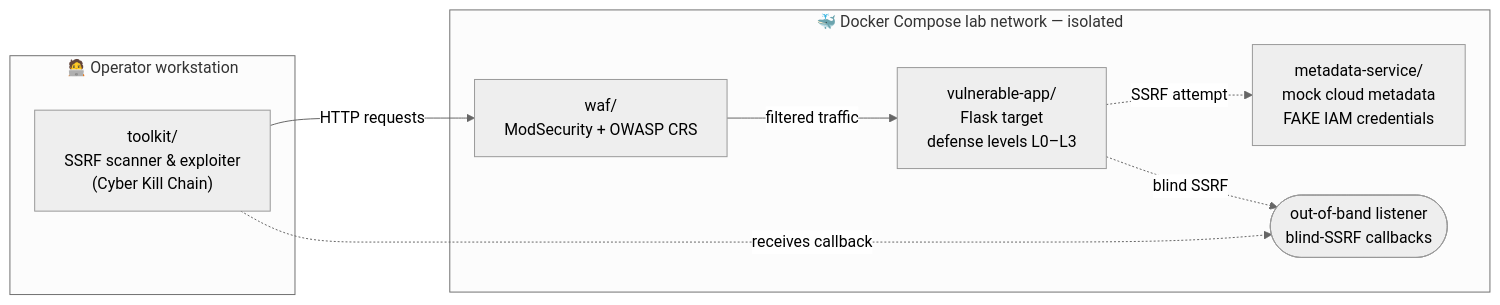
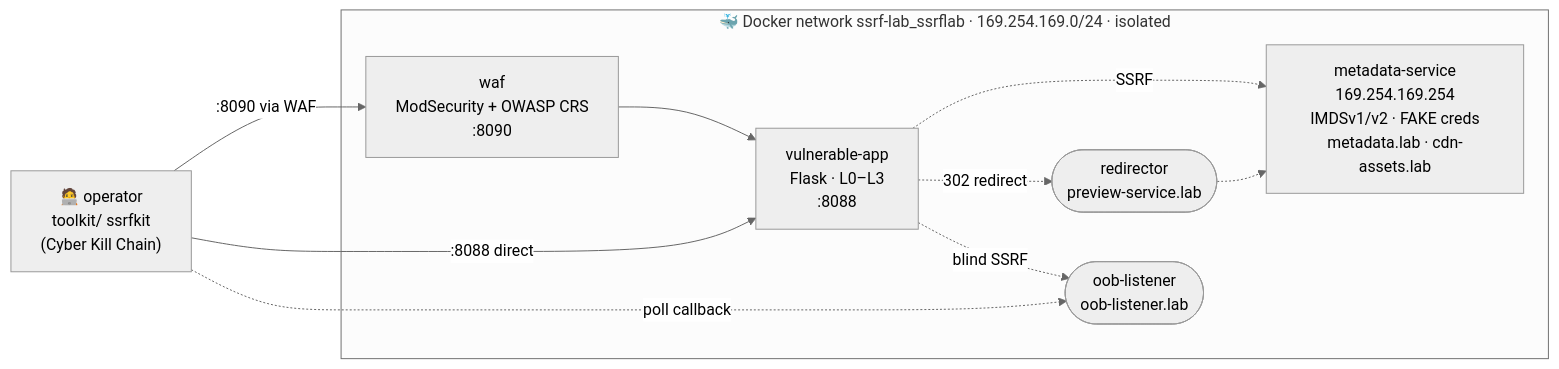
One commit to Smix4444/Ethical-Hacking---SSRF-project changed the diagram in README.md. Above: the diagram before and after it, drawn with Mermaid (neutral theme). The commit also changed other lines of this file, not shown here.

````diff
--- a/README.md
+++ b/README.md
@@ -50,19 +49,19 @@
 ```mermaid
 flowchart LR
-    subgraph HOST["🧑‍💻 Operator workstation"]
-        TK["toolkit/<br/>SSRF scanner &amp; exploiter<br/>(Cyber Kill Chain)"]
+    OP["🧑‍💻 operator<br/>toolkit/ ssrfkit<br/>(Cyber Kill Chain)"]
+
+    subgraph LAB["🐳 Docker network ssrf-lab_ssrflab · 169.254.169.0/24 · isolated"]
+        WAF["waf<br/>ModSecurity + OWASP CRS<br/>:8090"]
+        APP["vulnerable-app<br/>Flask · L0–L3<br/>:8088"]
+        RED(["redirector<br/>preview-service.lab"])
+        OOB(["oob-listener<br/>oob-listener.lab"])
+        META["metadata-service<br/>169.254.169.254<br/>IMDSv1/v2 · FAKE creds<br/>metadata.lab · cdn-assets.lab"]
     end
 
-    subgraph LAB["🐳 Docker Compose lab network — isolated"]
-        WAF["waf/<br/>ModSecurity + OWASP CRS"]
-        APP["vulnerable-app/<br/>Flask target<br/>defense levels L0–L3"]
-        META["metadata-service/<br/>mock cloud metadata<br/>FAKE IAM credentials"]
-        OOB(["out-of-band listener<br/>blind-SSRF callbacks"])
-    end
-
-    TK -->|HTTP requests| WAF
-    WAF -->|filtered traffic| APP
-    APP -.->|SSRF attempt| META
+    OP -->|":8090 via WAF"| WAF --> APP
+    OP -->|":8088 direct"| APP
+    APP -.->|SSRF| META
+    APP -.->|302 redirect| RED -.-> META
     APP -.->|blind SSRF| OOB
-    TK -.->|receives callback| OOB
+    OP -.->|poll callback| OOB
 ```
````
